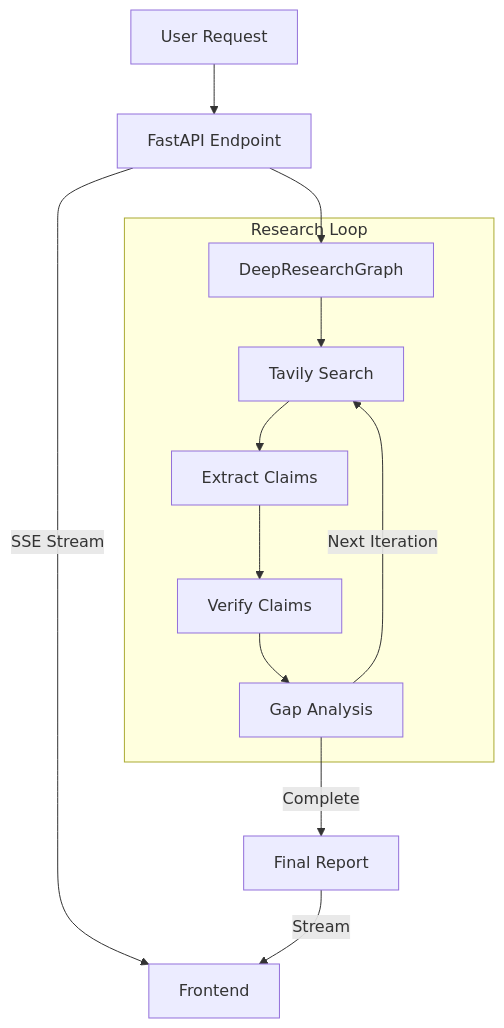
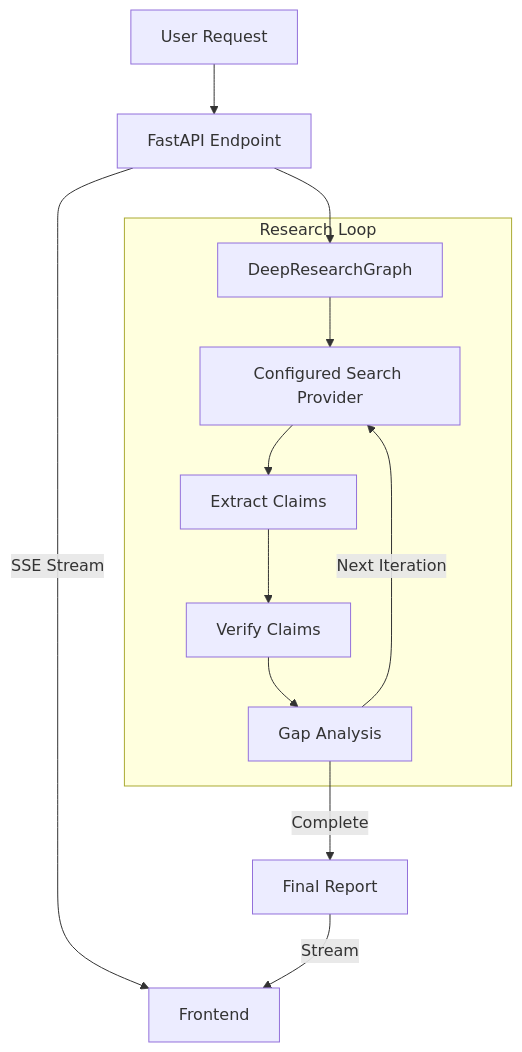
One commit to princepal9120/Perception changed the fifth of 5 diagrams in ARCHITECTURE.md. Above: the diagram before and after it, drawn with Mermaid. The commit also changed other lines of this file and 4 other files, not shown here.

Commit message:
feat: Add issue templates for bug reports and feature requests; enhance pull request template and update architecture documentation

````diff
--- a/ARCHITECTURE.md
+++ b/ARCHITECTURE.md
@@ -205,17 +240,17 @@
 ```mermaid
 graph TD
     User[User Request] --> API[FastAPI Endpoint]
     API -->|SSE Stream| Client[Frontend]
     API --> Agent[DeepResearchGraph]
-    
+
     subgraph Research Loop
-        Agent --> Retrieve[Tavily Search]
+        Agent --> Retrieve[Configured Search Provider]
         Retrieve --> Extract[Extract Claims]
         Extract --> Verify[Verify Claims]
         Verify --> Gap[Gap Analysis]
         Gap -->|Next Iteration| Retrieve
     end
-    
+
     Gap -->|Complete| Synthesis[Final Report]
     Synthesis -->|Stream| Client
 ```
````
